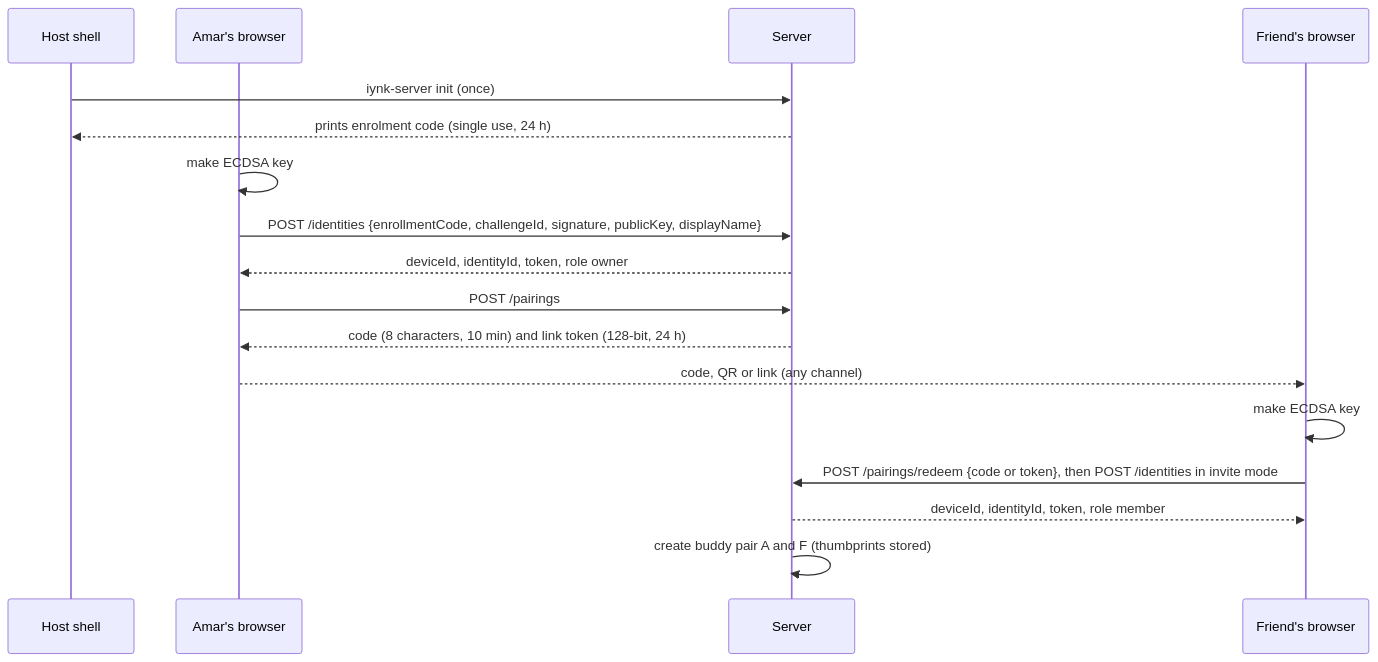
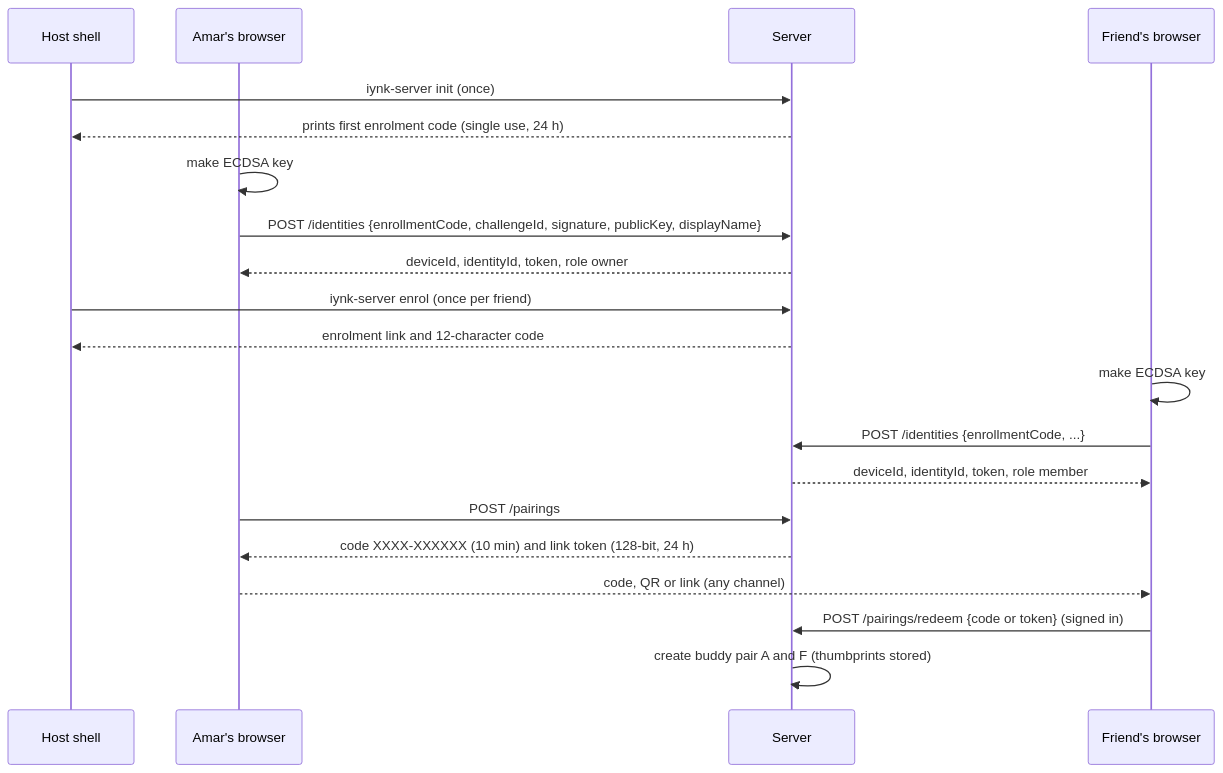
Before and after one commit to kushwahaamar-dev/iynk: the second of 2 diagrams in docs/MASTER_PLAN/04_ARCHITECTURE/BACKEND_ARCHITECTURE.md, drawn with Mermaid. The commit also changed other lines of this file and 104 other files, not shown here.

````diff
--- a/docs/MASTER_PLAN/04_ARCHITECTURE/BACKEND_ARCHITECTURE.md
+++ b/docs/MASTER_PLAN/04_ARCHITECTURE/BACKEND_ARCHITECTURE.md
@@ -215,19 +214,22 @@
 ```mermaid
 sequenceDiagram
   participant H as Host shell
   participant A as Amar's browser
   participant S as Server
   participant F as Friend's browser
   H->>S: iynk-server init (once)
-  S-->>H: prints enrolment code (single use, 24 h)
+  S-->>H: prints first enrolment code (single use, 24 h)
   A->>A: make ECDSA key
   A->>S: POST /identities {enrollmentCode, challengeId, signature, publicKey, displayName}
   S-->>A: deviceId, identityId, token, role owner
+  H->>S: iynk-server enrol (once per friend)
+  S-->>H: enrolment link and 12-character code
+  F->>F: make ECDSA key
+  F->>S: POST /identities {enrollmentCode, ...}
+  S-->>F: deviceId, identityId, token, role member
   A->>S: POST /pairings
-  S-->>A: code (8 characters, 10 min) and link token (128-bit, 24 h)
+  S-->>A: code XXXX-XXXXXX (10 min) and link token (128-bit, 24 h)
   A-->>F: code, QR or link (any channel)
-  F->>F: make ECDSA key
-  F->>S: POST /pairings/redeem {code or token}, then POST /identities in invite mode
-  S-->>F: deviceId, identityId, token, role member
+  F->>S: POST /pairings/redeem {code or token} (signed in)
   S->>S: create buddy pair A and F (thumbprints stored)
 ```
````
